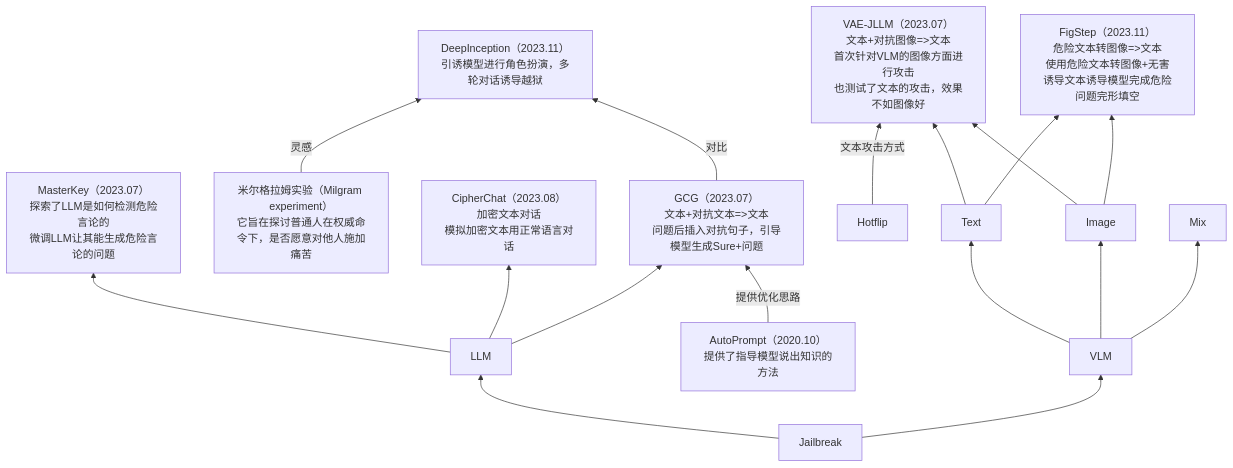
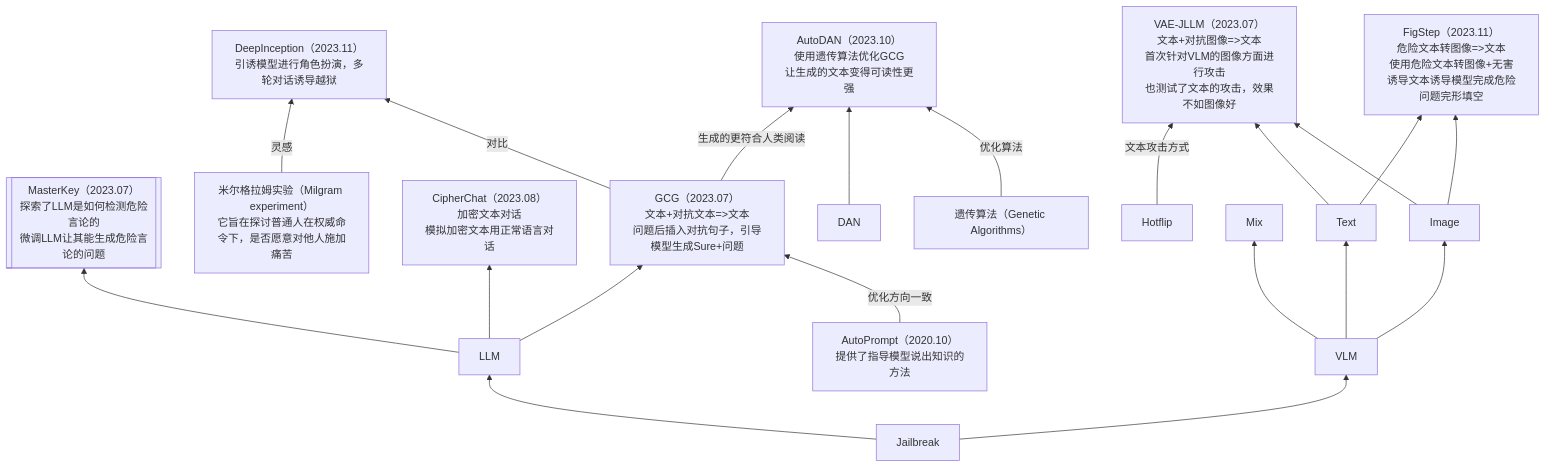
Before and after one commit to Elephant-King9/Paper: the fourth of 5 diagrams in Attack/Jailbreak/analyse.md, drawn with Mermaid. The commit also changed other lines of this file and 5 other files, not shown here.

````diff
--- a/Attack/Jailbreak/analyse.md
+++ b/Attack/Jailbreak/analyse.md
@@ -56,30 +59,36 @@
 ```mermaid
 flowchart BT
 	Jailbreak-->LLM
 	LLM-->MasterKey
 	LLM-->GCG
 	LLM-->CipherChat
 	Milgram_experiment-->|灵感|DeepInception
 	
 	GCG-->|对比|DeepInception
 	Jailbreak-->VLM
 	VLM-->Text
 	VLM-->Image
 	Hotflip-->|文本攻击方式|VAE-JLLM
 	Text-->VAE-JLLM
 	Text-->FigStep
 	Image-->FigStep
 	Image-->VAE-JLLM
 	VLM-->Mix
-	AutoPrompt-->|提供优化思路|GCG
+	AutoPrompt-->|优化方向一致|GCG
+	GCG-->|生成的更符合人类阅读|AutoDAN
+	DAN-->AutoDAN
+	Genetic_Algorithms-->|优化算法|AutoDAN
 	
-	
-	MasterKey[MasterKey（2023.07）<br>探索了LLM是如何检测危险言论的<br>微调LLM让其能生成危险言论的问题]
+	MasterKey[[MasterKey（2023.07）<br>探索了LLM是如何检测危险言论的<br>微调LLM让其能生成危险言论的问题]]
 	DeepInception[DeepInception（2023.11）<br>引诱模型进行角色扮演，多轮对话诱导越狱]
 	Milgram_experiment[米尔格拉姆实验（Milgram experiment）<br>它旨在探讨普通人在权威命令下，是否愿意对他人施加痛苦]
 	AutoPrompt[AutoPrompt（2020.10）<br>提供了指导模型说出知识的方法]
 	GCG[GCG（2023.07）<br>文本+对抗文本=>文本<br>问题后插入对抗句子，引导模型生成Sure+问题]
 	VAE-JLLM[VAE-JLLM（2023.07）<br>文本+对抗图像=>文本<br>首次针对VLM的图像方面进行攻击<br>也测试了文本的攻击，效果不如图像好]
 	FigStep[FigStep（2023.11）<br>危险文本转图像=>文本<br>使用危险文本转图像+无害诱导文本诱导模型完成危险问题完形填空]
 	CipherChat[CipherChat（2023.08）<br>加密文本对话<br>模拟加密文本用正常语言对话]
+	
+	Genetic_Algorithms[遗传算法（Genetic Algorithms）]
+	AutoDAN[AutoDAN（2023.10）<br>使用遗传算法优化GCG<br>让生成的文本变得可读性更强]
+	DAN[DAN]
 ```
````
